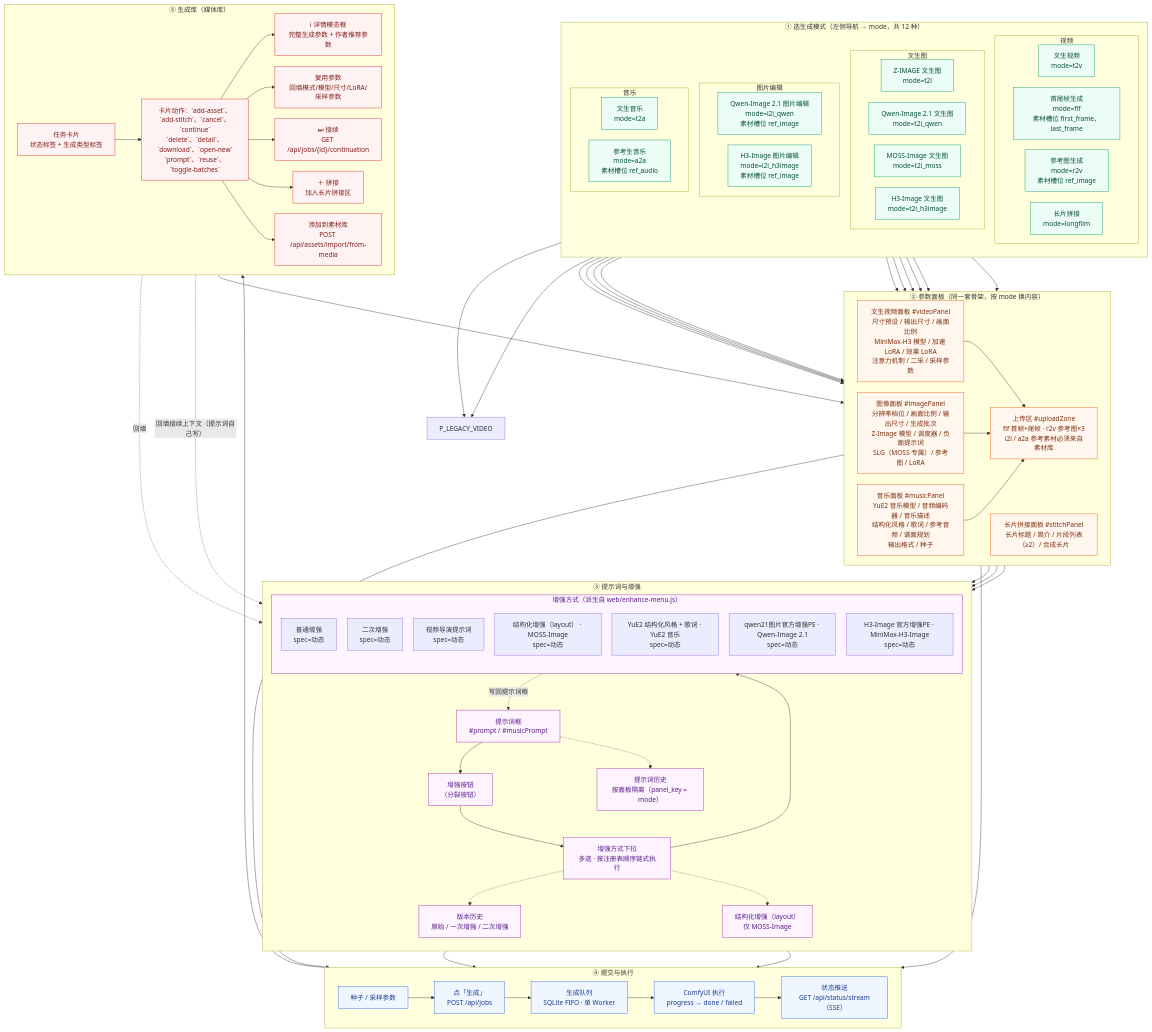
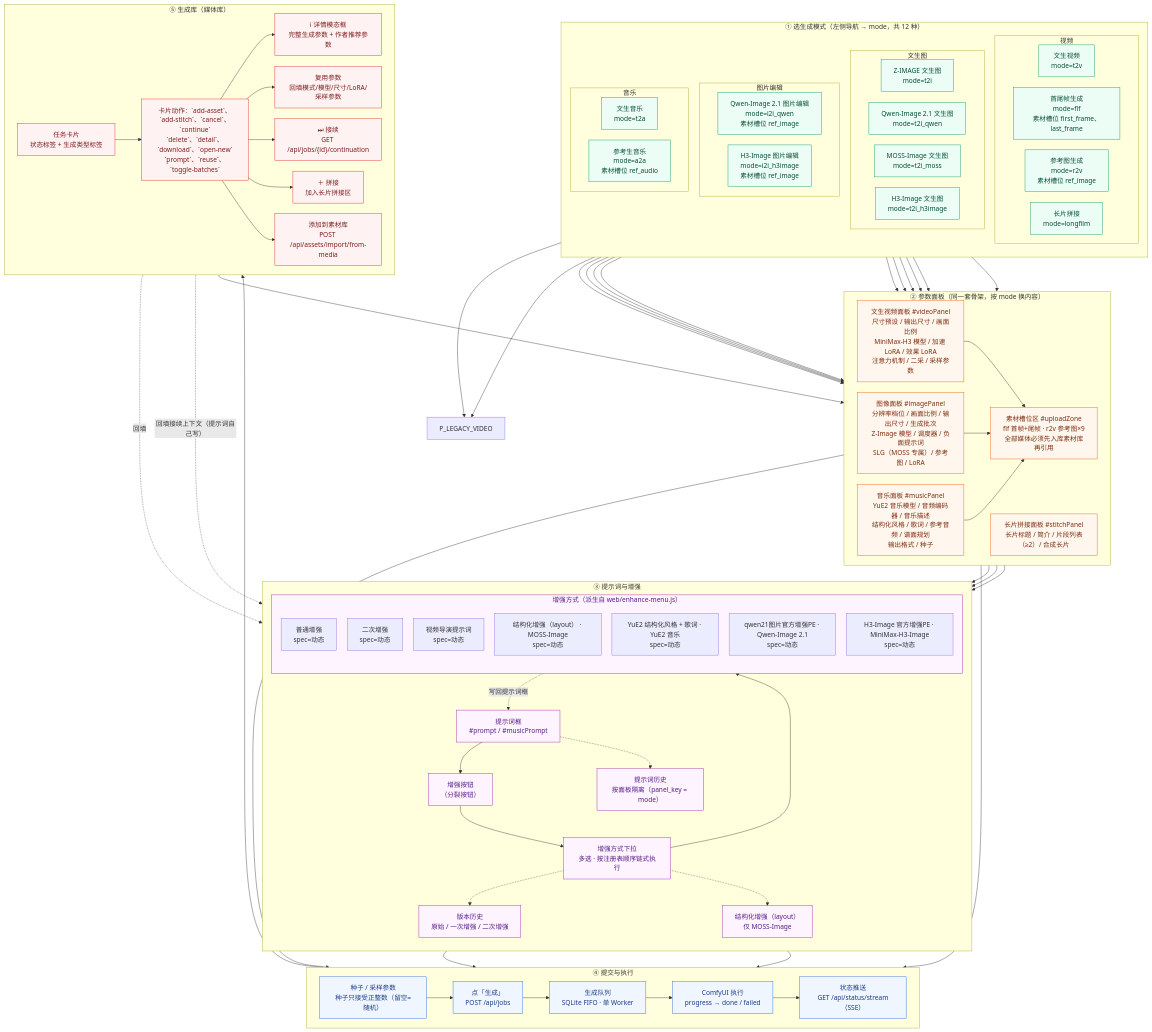
One commit to pixelaigc/ComfyUI-MiniMax-H3-Studio changed the diagram in docs/交互流程图-创作链路.mmd. Above: the diagram before and after it, drawn with Mermaid. The commit also changed 17 other files, not shown here.

```diff
--- a/docs/交互流程图-创作链路.mmd
+++ b/docs/交互流程图-创作链路.mmd
@@ -1,148 +1,148 @@
 %%{init: {"flowchart": {"curve": "basis", "nodeSpacing": 26, "rankSpacing": 40, "htmlLabels": true}, "themeVariables": {"fontFamily": "Noto Sans CJK SC, Noto Sans SC, DejaVu Sans, sans-serif"}}}%%
 %% 交互流程图 · ① 创作链路（文生图 / 图片编辑 / 文生视频 / 音乐 / 长片拼接）
 %% 本文件由 scripts/gen_flow.py 从 scripts/templates/flow-create.mmd 生成，请勿手改。
 %% 要改流程形状请改 scripts/templates/flow-create.mmd，然后跑 `make flow`。
 flowchart TD
 
   %% ---------- 模式选择（节点内容派生自 gen_types.py）----------
   subgraph MODES["① 选生成模式（左侧导航 → mode，共 12 种）"]
     direction TB
     subgraph MV["视频"]
       direction LR
       M_t2v["文生视频<br/>mode=t2v"]
       M_flf["首尾帧生成<br/>mode=flf<br/>素材槽位 first_frame、last_frame"]
       M_r2v["参考图生成<br/>mode=r2v<br/>素材槽位 ref_image"]
       M_longfilm["长片拼接<br/>mode=longfilm"]
     end
     subgraph MI["文生图"]
       direction LR
       M_t2i["Z-IMAGE 文生图<br/>mode=t2i"]
       M_t2i_qwen["Qwen-Image 2.1 文生图<br/>mode=t2i_qwen"]
       M_t2i_moss["MOSS-Image 文生图<br/>mode=t2i_moss"]
       M_t2i_h3image["H3-Image 文生图<br/>mode=t2i_h3image"]
     end
     subgraph ME["图片编辑"]
       direction LR
       M_i2i_qwen["Qwen-Image 2.1 图片编辑<br/>mode=i2i_qwen<br/>素材槽位 ref_image"]
       M_i2i_h3image["H3-Image 图片编辑<br/>mode=i2i_h3image<br/>素材槽位 ref_image"]
     end
     subgraph MM["音乐"]
       direction LR
       M_t2a["文生音乐<br/>mode=t2a"]
       M_a2a["参考生音乐<br/>mode=a2a<br/>素材槽位 ref_audio"]
     end
   end
 
   %% ---------- 面板 ----------
   subgraph PANELS["② 参数面板（同一套骨架，按 mode 换内容）"]
     direction LR
     P_VIDEO["文生视频面板 #videoPanel<br/>尺寸预设 / 输出尺寸 / 画面比例<br/>MiniMax-H3 模型 / 加速 LoRA / 效果 LoRA<br/>注意力机制 / 二采 / 采样参数"]
     P_IMAGE["图像面板 #imagePanel<br/>分辨率档位 / 画面比例 / 输出尺寸 / 生成批次<br/>Z-Image 模型 / 调度器 / 负面提示词<br/>SLG（MOSS 专属）/ 参考图 / LoRA"]
     P_MUSIC["音乐面板 #musicPanel<br/>YuE2 音乐模型 / 音频编码器 / 音乐描述<br/>结构化风格 / 歌词 / 参考音频 / 谱面规划<br/>输出格式 / 种子"]
     P_STITCH["长片拼接面板 #stitchPanel<br/>长片标题 / 简介 / 片段列表（≥2）/ 合成长片"]
-    P_UPLOAD["上传区 #uploadZone<br/>flf 首帧+尾帧 · r2v 参考图×3<br/>i2i / a2a 参考素材必须来自素材库"]
+    P_UPLOAD["素材槽位区 #uploadZone<br/>flf 首帧+尾帧 · r2v 参考图×9<br/>全部媒体必须先入库素材库再引用"]
   end
 
   M_t2v --> P_VIDEO
   M_flf --> P_LEGACY_VIDEO
   M_r2v --> P_LEGACY_VIDEO
   M_t2i --> P_IMAGE
   M_t2i_qwen --> P_IMAGE
   M_i2i_qwen --> P_IMAGE
   M_t2i_moss --> P_IMAGE
   M_t2i_h3image --> P_IMAGE
   M_i2i_h3image --> P_IMAGE
   M_t2a --> P_MUSIC
   M_a2a --> P_MUSIC
   M_longfilm --> P_STITCH
 
   P_VIDEO --> P_UPLOAD
   P_IMAGE --> P_UPLOAD
   P_MUSIC --> P_UPLOAD
 
   %% ---------- 提示词 + 增强 ----------
   subgraph PROMPT["③ 提示词与增强"]
     direction TB
     PT["提示词框<br/>#prompt / #musicPrompt"]
     ENH_BTN["增强按钮<br/>（分裂按钮）"]
     ENH_MENU["增强方式下拉<br/>多选 · 按注册表顺序链式执行"]
     subgraph ENH_SPECS["增强方式（派生自 web/enhance-menu.js）"]
       direction TB
     E_basic["普通增强<br/>spec=动态"]
     E_refine["二次增强<br/>spec=动态"]
     E_director["视频导演提示词<br/>spec=动态"]
     E_layout["结构化增强（layout） · MOSS-Image<br/>spec=动态"]
     E_yue2_struct["YuE2 结构化风格 + 歌词 · YuE2 音乐<br/>spec=动态"]
     E_qwen_pe["qwen21图片官方增强PE · Qwen-Image 2.1<br/>spec=动态"]
     E_h3image_pe["H3-Image 官方增强PE · MiniMax-H3-Image<br/>spec=动态"]
     end
     HIST["提示词历史<br/>按面板隔离（panel_key = mode）"]
     VER["版本历史<br/>原始 / 一次增强 / 二次增强"]
     MOSS["结构化增强（layout）<br/>仅 MOSS-Image"]
   end
 
   PT --> ENH_BTN
   ENH_BTN --> ENH_MENU
   ENH_MENU --> ENH_SPECS
   ENH_SPECS -.->|"写回提示词框"| PT
   PT -.-> HIST
   ENH_MENU -.-> VER
   ENH_MENU -.-> MOSS
 
   P_VIDEO --> PT
   P_IMAGE --> PT
   P_MUSIC --> PT
 
   %% ---------- 提交与执行 ----------
   subgraph RUN["④ 提交与执行"]
     direction LR
-    SEED["种子 / 采样参数"]
+    SEED["种子 / 采样参数<br/>种子只接受正整数（留空=随机）"]
     GEN["点「生成」<br/>POST /api/jobs"]
     QUEUE["生成队列<br/>SQLite FIFO · 单 Worker"]
     COMFY["ComfyUI 执行<br/>progress → done / failed"]
     SSE["状态推送<br/>GET /api/status/stream（SSE）"]
   end
 
   SEED --> GEN
   GEN --> QUEUE --> COMFY
   COMFY --> SSE
 
   P_UPLOAD --> GEN
   PT --> GEN
   ENH_SPECS --> GEN
   P_STITCH --> GEN
 
   %% ---------- 产物侧 ----------
   subgraph OUT["⑤ 生成库（媒体库）"]
     direction LR
     LIB["任务卡片<br/>状态标签 + 生成类型标签"]
     ACTS["卡片动作：`add-asset`、`add-stitch`、`cancel`、`continue`<br/>`delete`、`detail`、`download`、`open-new`<br/>`prompt`、`reuse`、`toggle-batches`"]
     DETAIL["ℹ 详情模态框<br/>完整生成参数 + 作者推荐参数"]
     REUSE["复用参数<br/>回填模式/模型/尺寸/LoRA/采样参数"]
     CONT["⏭ 接续<br/>GET /api/jobs/{id}/continuation"]
     STITCH["＋ 拼接<br/>加入长片拼接区"]
     ASSET["添加到素材库<br/>POST /api/assets/import/from-media"]
   end
 
   COMFY --> LIB
   LIB --> ACTS
   ACTS --> DETAIL
   ACTS --> REUSE
   ACTS --> CONT
   ACTS --> STITCH
   ACTS --> ASSET
   REUSE -.->|"回填"| PT
   CONT -.->|"回填接续上下文（提示词自己写）"| PT
   STITCH --> P_STITCH
 
   classDef mode fill:#ecfdf5,stroke:#059669,stroke-width:1px,color:#064e3b;
   classDef panel fill:#fff7ed,stroke:#ea580c,stroke-width:1px,color:#7c2d12;
   classDef prompt fill:#fdf4ff,stroke:#a21caf,stroke-width:1px,color:#581c87;
   classDef run fill:#eff6ff,stroke:#2563eb,stroke-width:1px,color:#1e3a8a;
   classDef out fill:#fef2f2,stroke:#dc2626,stroke-width:1px,color:#7f1d1d;
 
   class M_t2v,M_flf,M_r2v,M_longfilm,M_t2i,M_t2i_qwen,M_t2i_moss,M_t2i_h3image,M_i2i_qwen,M_i2i_h3image,M_t2a,M_a2a mode;
   class P_VIDEO,P_IMAGE,P_MUSIC,P_STITCH,P_UPLOAD panel;
   class PT,ENH_BTN,ENH_MENU,ENH_SPECS,HIST,VER,MOSS prompt;
   class SEED,GEN,QUEUE,COMFY,SSE run;
   class LIB,ACTS,DETAIL,REUSE,CONT,STITCH,ASSET out;
```
